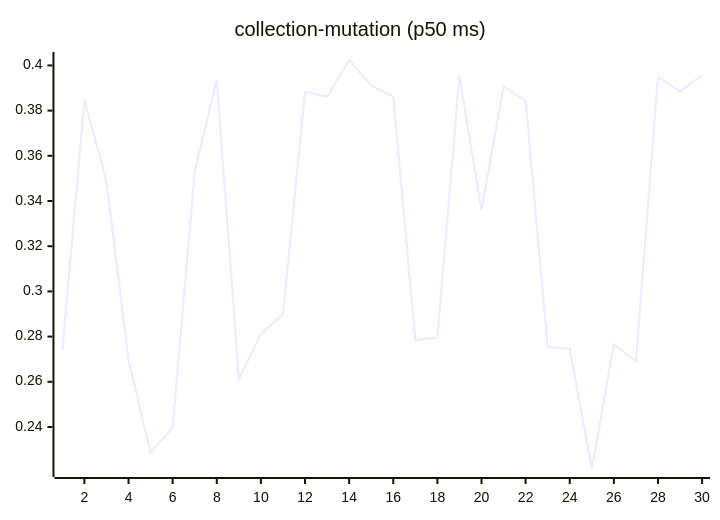
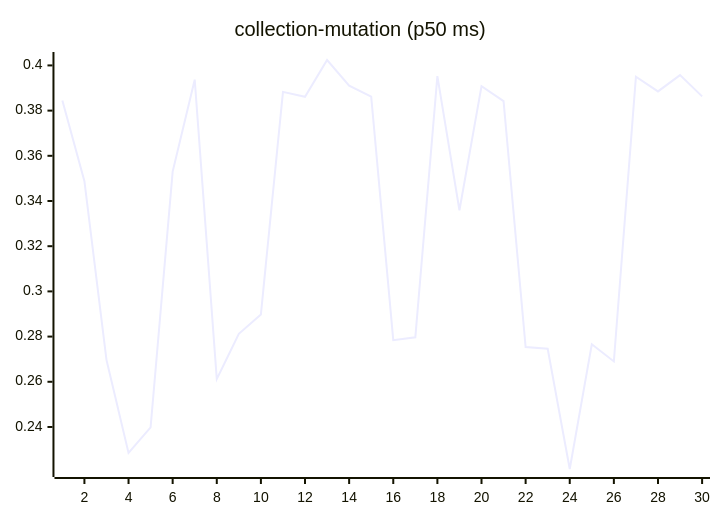
Before and after one commit to josha/Facet: the sixth of 27 diagrams in README.md, drawn with Mermaid. The commit also changed other lines of this file and 2 other files, not shown here.

````diff
--- a/README.md
+++ b/README.md
@@ -98,6 +98,6 @@
 ```mermaid
 xychart-beta
     title "collection-mutation (p50 ms)"
     x-axis 1 --> 30
-    line [0.2740, 0.3845, 0.3488, 0.2697, 0.2285, 0.2398, 0.3530, 0.3937, 0.2612, 0.2812, 0.2898, 0.3883, 0.3861, 0.4024, 0.3910, 0.3862, 0.2784, 0.2797, 0.3953, 0.3359, 0.3908, 0.3842, 0.2754, 0.2746, 0.2214, 0.2766, 0.2690, 0.3950, 0.3885, 0.3957]
+    line [0.3845, 0.3488, 0.2697, 0.2285, 0.2398, 0.3530, 0.3937, 0.2612, 0.2812, 0.2898, 0.3883, 0.3861, 0.4024, 0.3910, 0.3862, 0.2784, 0.2797, 0.3953, 0.3359, 0.3908, 0.3842, 0.2754, 0.2746, 0.2214, 0.2766, 0.2690, 0.3950, 0.3885, 0.3957, 0.3863]
 ```
````
